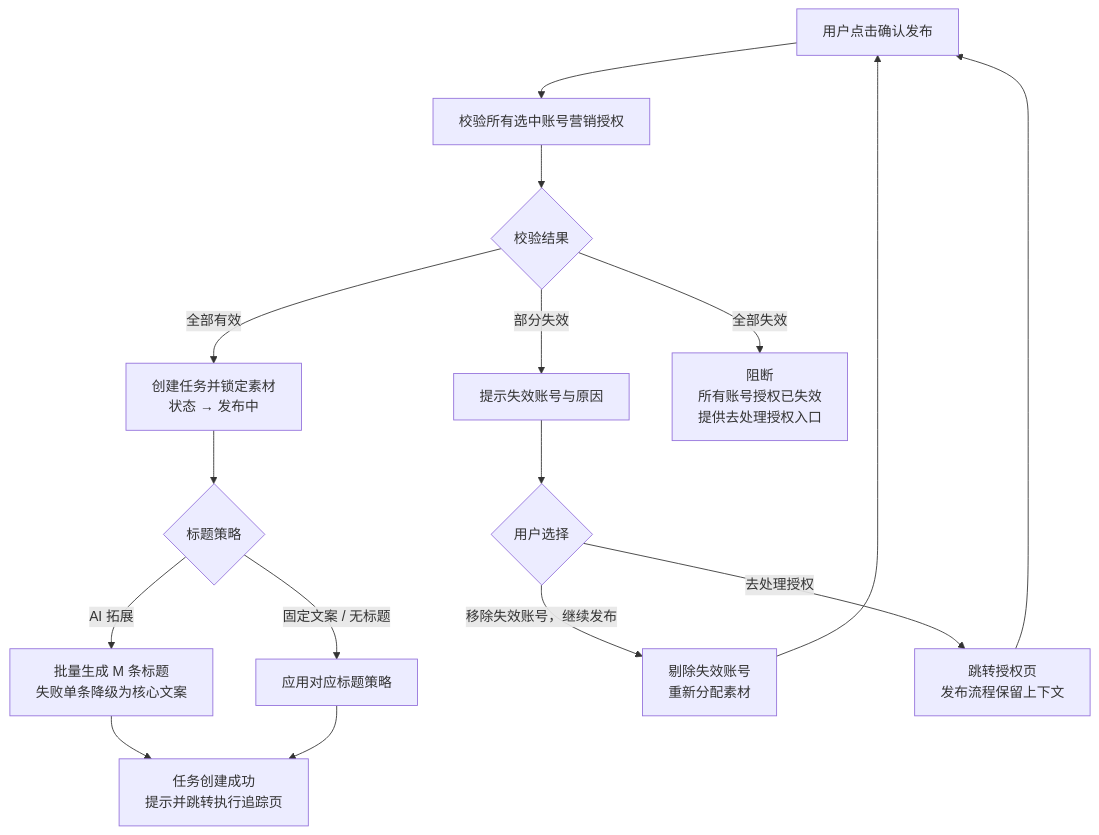
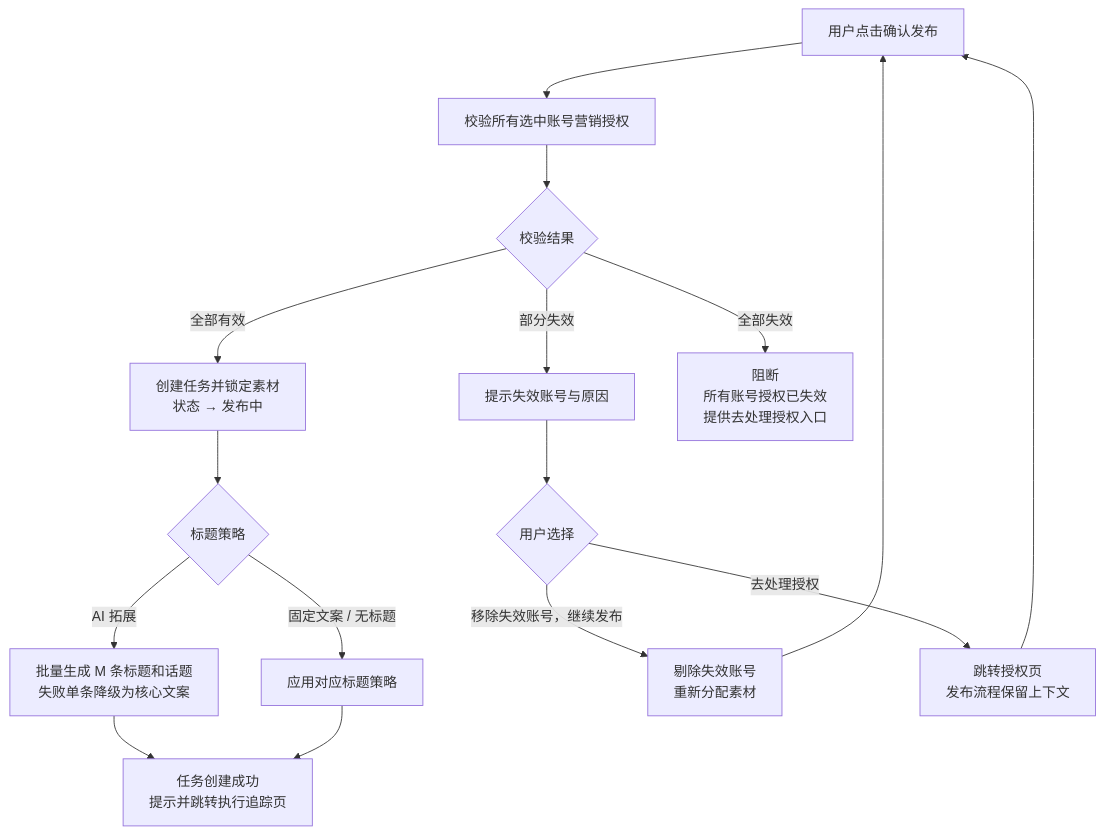
The second of 4 diagrams in PRD-v1.3-短视频运营专员.md (hunterandrabbits-a11y/AI-Army), drawn with Mermaid before and after one commit. The commit also changed other lines of this file and 7 other files, not shown here.

````diff
--- a/PRD-v1.3-短视频运营专员.md
+++ b/PRD-v1.3-短视频运营专员.md
@@ -357,18 +363,18 @@
 ```mermaid
 flowchart TD
     A[用户点击确认发布] --> B[校验所有选中账号营销授权]
     B --> C{校验结果}
     C -->|全部有效| D[创建任务并锁定素材<br/>状态 → 发布中]
     C -->|部分失效| E[提示失效账号与原因]
     C -->|全部失效| I[阻断<br/>所有账号授权已失效<br/>提供去处理授权入口]
     D --> D2{标题策略}
-    D2 -->|AI 拓展| D3[批量生成 M 条标题<br/>失败单条降级为核心文案]
+    D2 -->|AI 拓展| D3[批量生成 M 条标题和话题<br/>失败单条降级为核心文案]
     D2 -->|固定文案 / 无标题| D4[应用对应标题策略]
     D3 --> F[任务创建成功<br/>提示并跳转执行追踪页]
     D4 --> F
     E --> H{用户选择}
     H -->|移除失效账号，继续发布| J[剔除失效账号<br/>重新分配素材]
     H -->|去处理授权| K[跳转授权页<br/>发布流程保留上下文]
     J --> A
     K --> A
 ```
````
